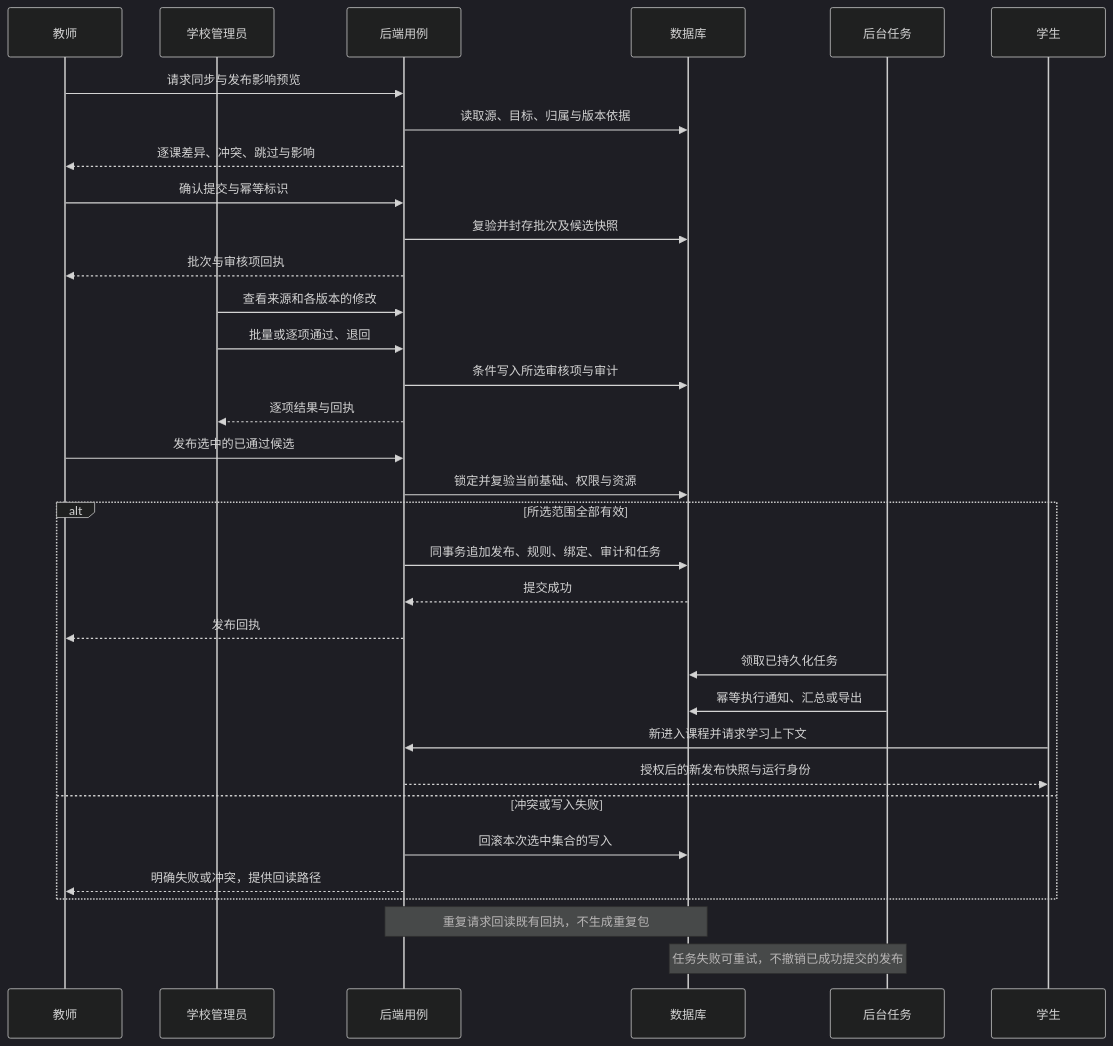
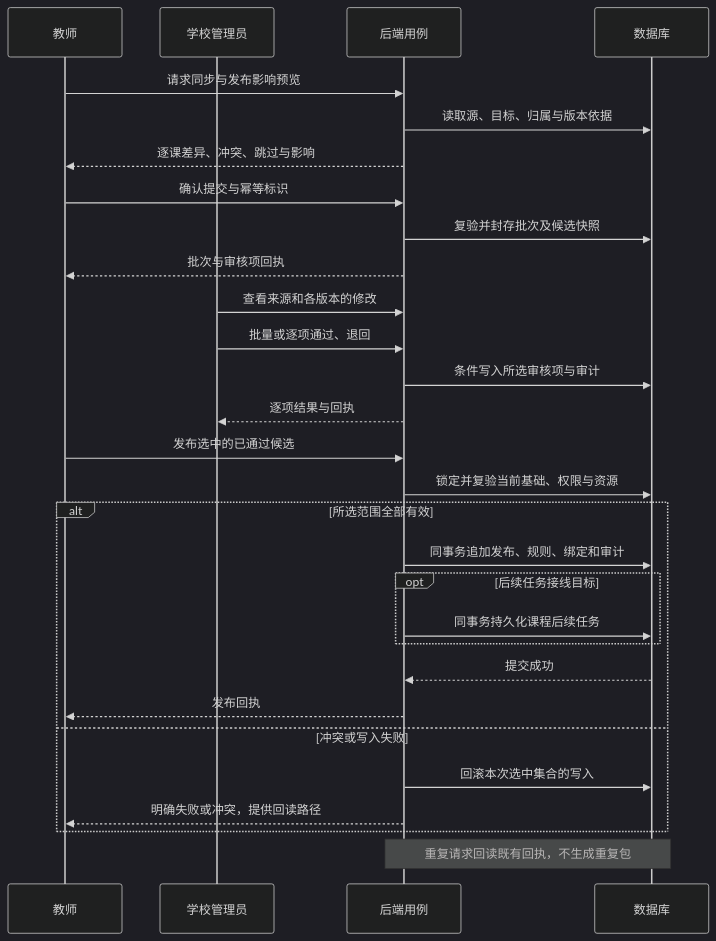
The eighth of 10 diagrams in doc/01-开发者手册.md (falling-feather/Astra), drawn with Mermaid (dark theme) before and after one commit. The commit also changed other lines of this file and 8 other files, not shown here.

````diff
--- a/doc/01-开发者手册.md
+++ b/doc/01-开发者手册.md
@@ -616,35 +660,31 @@
 ```mermaid
 sequenceDiagram
     participant T as 教师
     participant A as 学校管理员
     participant API as 后端用例
     participant DB as 数据库
-    participant W as 后台任务
-    participant S as 学生
     T->>API: 请求同步与发布影响预览
     API->>DB: 读取源、目标、归属与版本依据
     API-->>T: 逐课差异、冲突、跳过与影响
     T->>API: 确认提交与幂等标识
     API->>DB: 复验并封存批次及候选快照
     API-->>T: 批次与审核项回执
     A->>API: 查看来源和各版本的修改
     A->>API: 批量或逐项通过、退回
     API->>DB: 条件写入所选审核项与审计
     API-->>A: 逐项结果与回执
     T->>API: 发布选中的已通过候选
     API->>DB: 锁定并复验当前基础、权限与资源
     alt 所选范围全部有效
-        API->>DB: 同事务追加发布、规则、绑定、审计和任务
+        API->>DB: 同事务追加发布、规则、绑定和审计
+        opt 后续任务接线目标
+            API->>DB: 同事务持久化课程后续任务
+        end
         DB-->>API: 提交成功
         API-->>T: 发布回执
-        W->>DB: 领取已持久化任务
-        W->>DB: 幂等执行通知、汇总或导出
-        S->>API: 新进入课程并请求学习上下文
-        API-->>S: 授权后的新发布快照与运行身份
     else 冲突或写入失败
         API->>DB: 回滚本次选中集合的写入
         API-->>T: 明确失败或冲突，提供回读路径
     end
     Note over API,DB: 重复请求回读既有回执，不生成重复包
-    Note over W,DB: 任务失败可重试，不撤销已成功提交的发布
 ```
````
